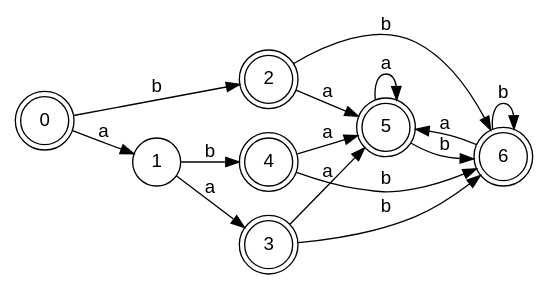
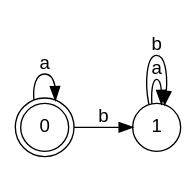
Before and after one commit to MishkaSimakov/FiniteAutomata: the diagram in files/drawing.dot, drawn with Graphviz. The commit also changed 18 other files, not shown here.

```diff
--- a/files/drawing.dot
+++ b/files/drawing.dot
@@ -1,22 +1,12 @@
 digraph finite_state_machine {
 fontname="Helvetica,Arial,sans-serif"
 node [fontname="Helvetica,Arial,sans-serif"]
 edge [fontname="Helvetica,Arial,sans-serif"]
 rankdir=LR;
-node [shape = doublecircle]; 0, 2, 3, 4, 5, 6;
+node [shape = doublecircle]; 0;
 node [shape = circle];
-0 -> 1 [label = "a"];
-0 -> 2 [label = "b"];
-1 -> 3 [label = "a"];
-1 -> 4 [label = "b"];
-2 -> 5 [label = "a"];
-2 -> 6 [label = "b"];
-3 -> 5 [label = "a"];
-3 -> 6 [label = "b"];
-4 -> 5 [label = "a"];
-4 -> 6 [label = "b"];
-5 -> 5 [label = "a"];
-5 -> 6 [label = "b"];
-6 -> 5 [label = "a"];
-6 -> 6 [label = "b"];
+0 -> 0 [label = "a"];
+0 -> 1 [label = "b"];
+1 -> 1 [label = "a"];
+1 -> 1 [label = "b"];
 }
```
